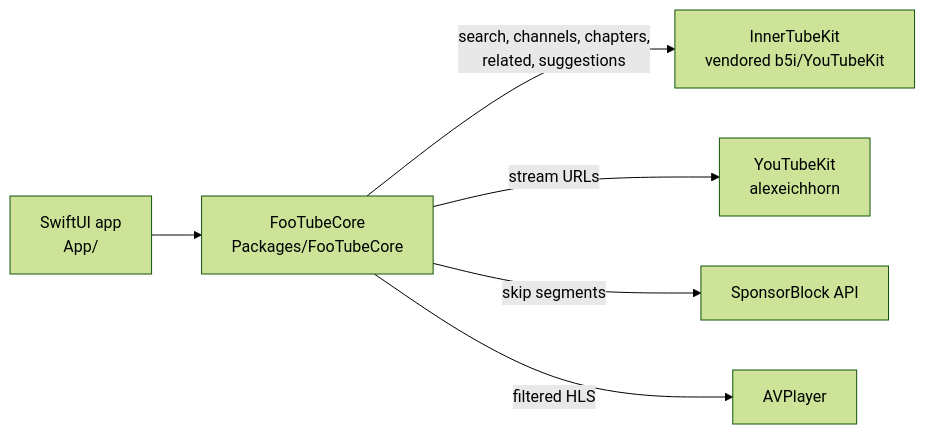
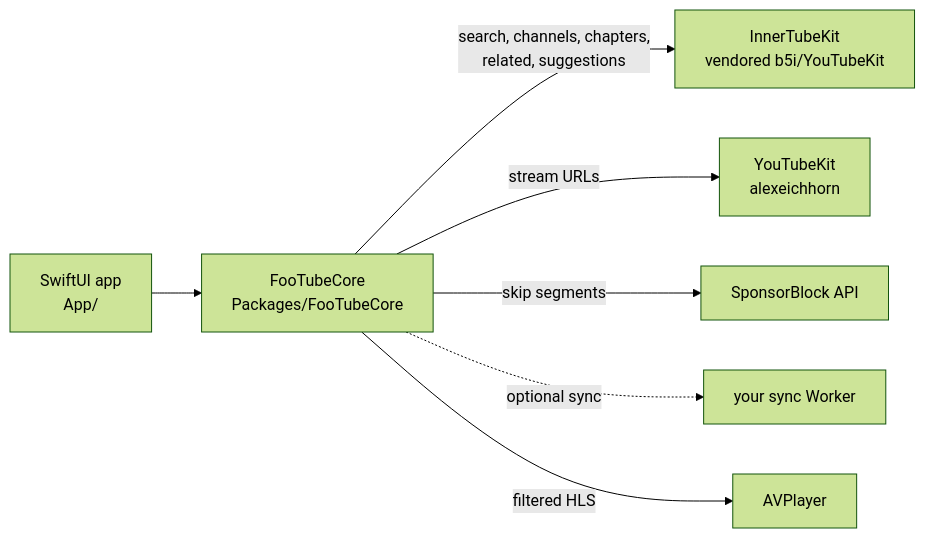
The diagram in README.md (framegrabber/FooTube), drawn with Mermaid (forest theme) before and after one commit. The commit also changed other lines of this file and 7 other files, not shown here.

````diff
--- a/README.md
+++ b/README.md
@@ -105,8 +122,9 @@
 ```mermaid
 flowchart LR
     UI[SwiftUI app<br/>App/] --> Core[FooTubeCore<br/>Packages/FooTubeCore]
     Core -->|search, channels, chapters,<br/>related, suggestions| ITK[InnerTubeKit<br/>vendored b5i/YouTubeKit]
     Core -->|stream URLs| YTK[YouTubeKit<br/>alexeichhorn]
     Core -->|skip segments| SB[SponsorBlock API]
+    Core -.->|optional sync| SW[your sync Worker]
     Core -->|filtered HLS| AVP[AVPlayer]
 ```
````
